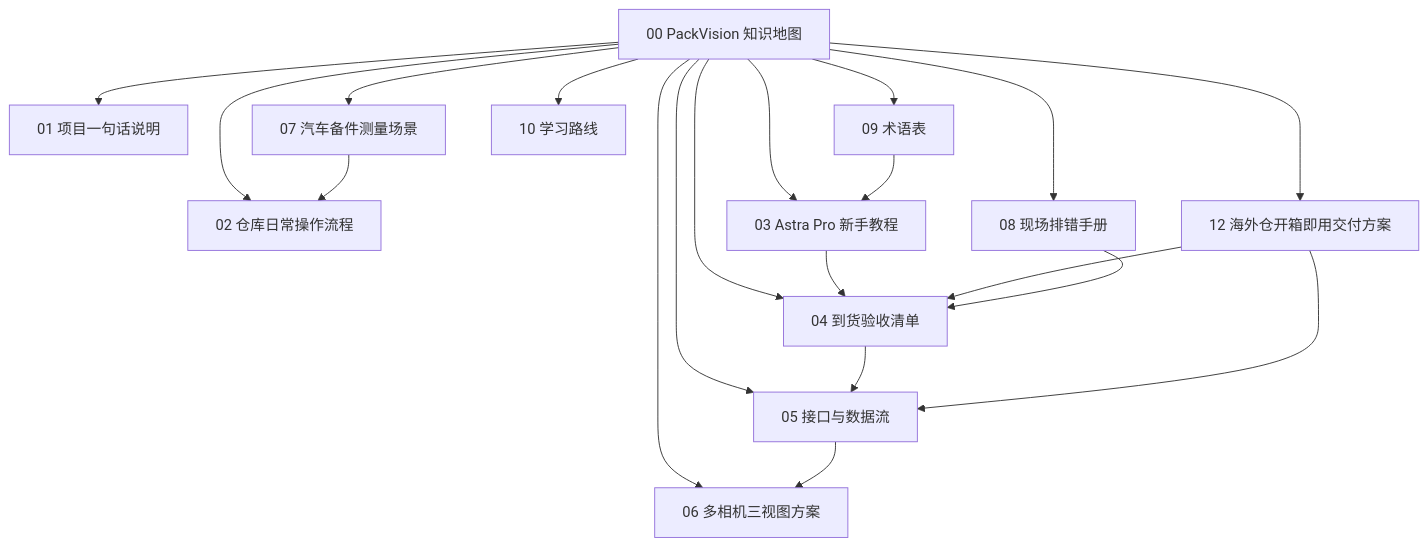
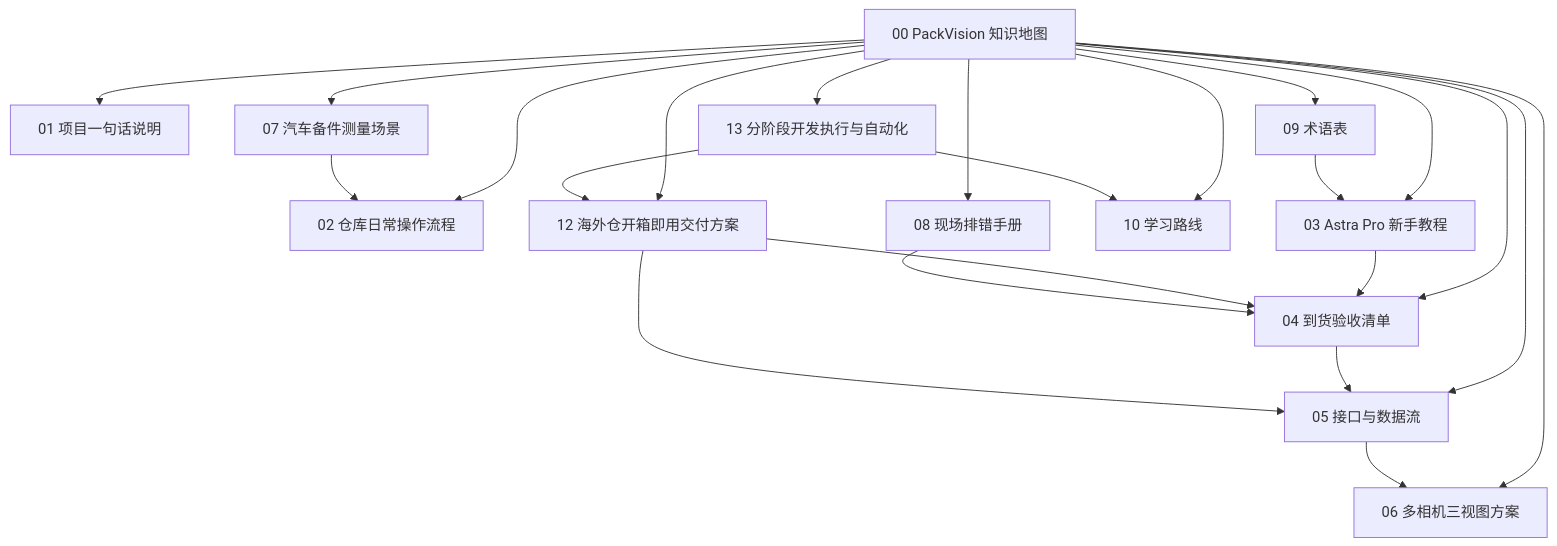
Before and after one commit to BilibiliSZdaomei/packvision: the diagram in docs_obsidian/PackVision/00 PackVision 知识地图.md, drawn with Mermaid. The commit also changed other lines of this file and 4 other files, not shown here.

````diff
--- a/docs_obsidian/PackVision/00 PackVision 知识地图.md
+++ b/docs_obsidian/PackVision/00 PackVision 知识地图.md
@@ -36,22 +37,25 @@
 ```mermaid
 graph TD
   A["00 PackVision 知识地图"] --> B["01 项目一句话说明"]
   A --> C["02 仓库日常操作流程"]
   A --> D["03 Astra Pro 新手教程"]
   A --> E["04 到货验收清单"]
   A --> F["05 接口与数据流"]
   A --> G["06 多相机三视图方案"]
   A --> H["07 汽车备件测量场景"]
   A --> I["08 现场排错手册"]
   A --> J["09 术语表"]
   A --> K["10 学习路线"]
   A --> L["12 海外仓开箱即用交付方案"]
+  A --> M["13 分阶段开发执行与自动化"]
   D --> E
   E --> F
   F --> G
   L --> E
   L --> F
+  M --> K
+  M --> L
   H --> C
   I --> E
   J --> D
 ```
````
